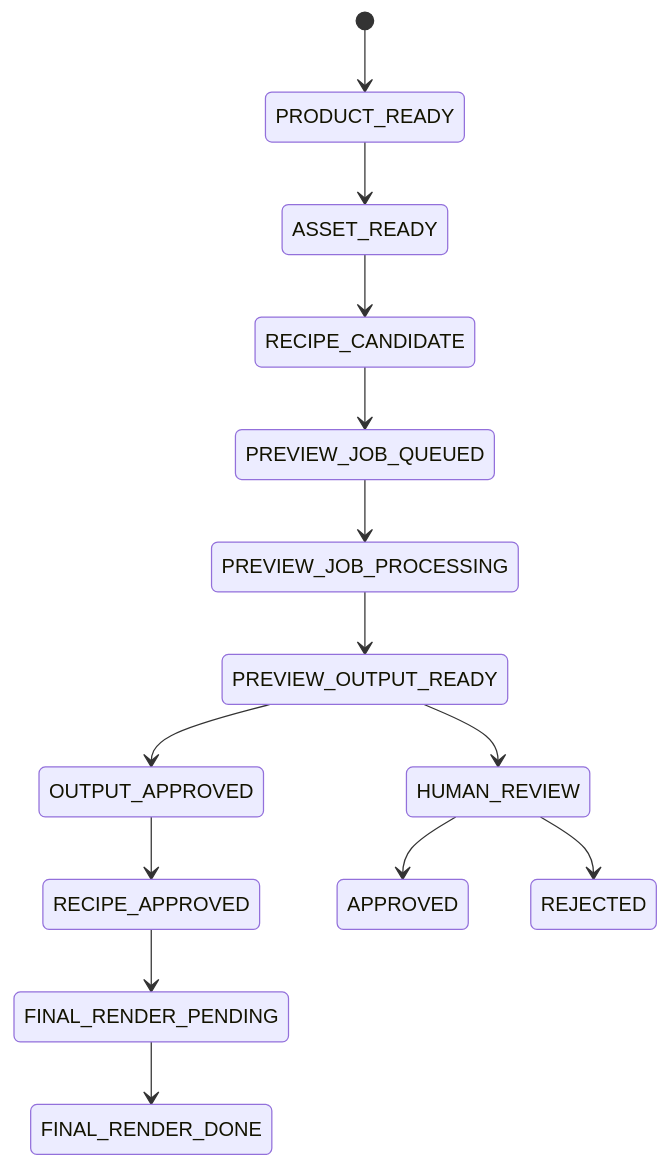
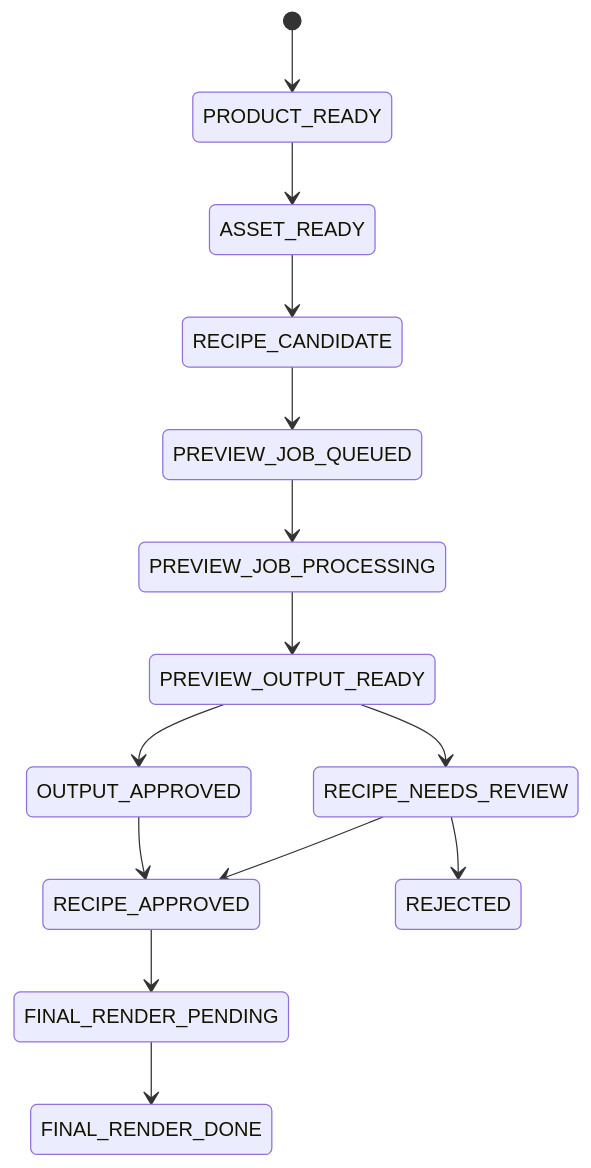
One commit to idev006/MTClipFactory changed diagram 12 of 13 in doc/10_UML_System_Overview.md. Above: the diagram before and after it, drawn with Mermaid. The commit also changed other lines of this file and 29 other files, not shown here.

````diff
--- a/doc/10_UML_System_Overview.md
+++ b/doc/10_UML_System_Overview.md
@@ -477,16 +492,16 @@
 ```mermaid
 stateDiagram-v2
     [*] --> PRODUCT_READY
     PRODUCT_READY --> ASSET_READY
     ASSET_READY --> RECIPE_CANDIDATE
     RECIPE_CANDIDATE --> PREVIEW_JOB_QUEUED
     PREVIEW_JOB_QUEUED --> PREVIEW_JOB_PROCESSING
     PREVIEW_JOB_PROCESSING --> PREVIEW_OUTPUT_READY
     PREVIEW_OUTPUT_READY --> OUTPUT_APPROVED
-    PREVIEW_OUTPUT_READY --> HUMAN_REVIEW
+    PREVIEW_OUTPUT_READY --> RECIPE_NEEDS_REVIEW
     OUTPUT_APPROVED --> RECIPE_APPROVED
-    HUMAN_REVIEW --> APPROVED
-    HUMAN_REVIEW --> REJECTED
+    RECIPE_NEEDS_REVIEW --> RECIPE_APPROVED
+    RECIPE_NEEDS_REVIEW --> REJECTED
     RECIPE_APPROVED --> FINAL_RENDER_PENDING
     FINAL_RENDER_PENDING --> FINAL_RENDER_DONE
 ```
````
